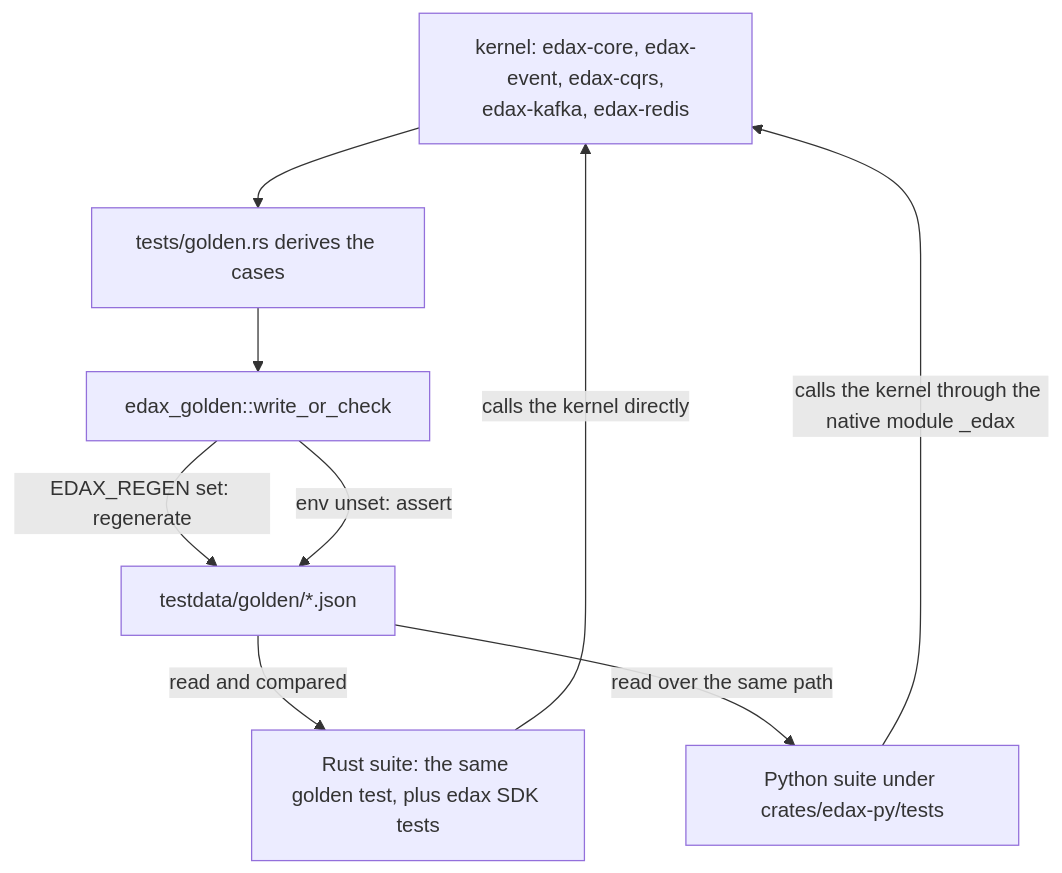
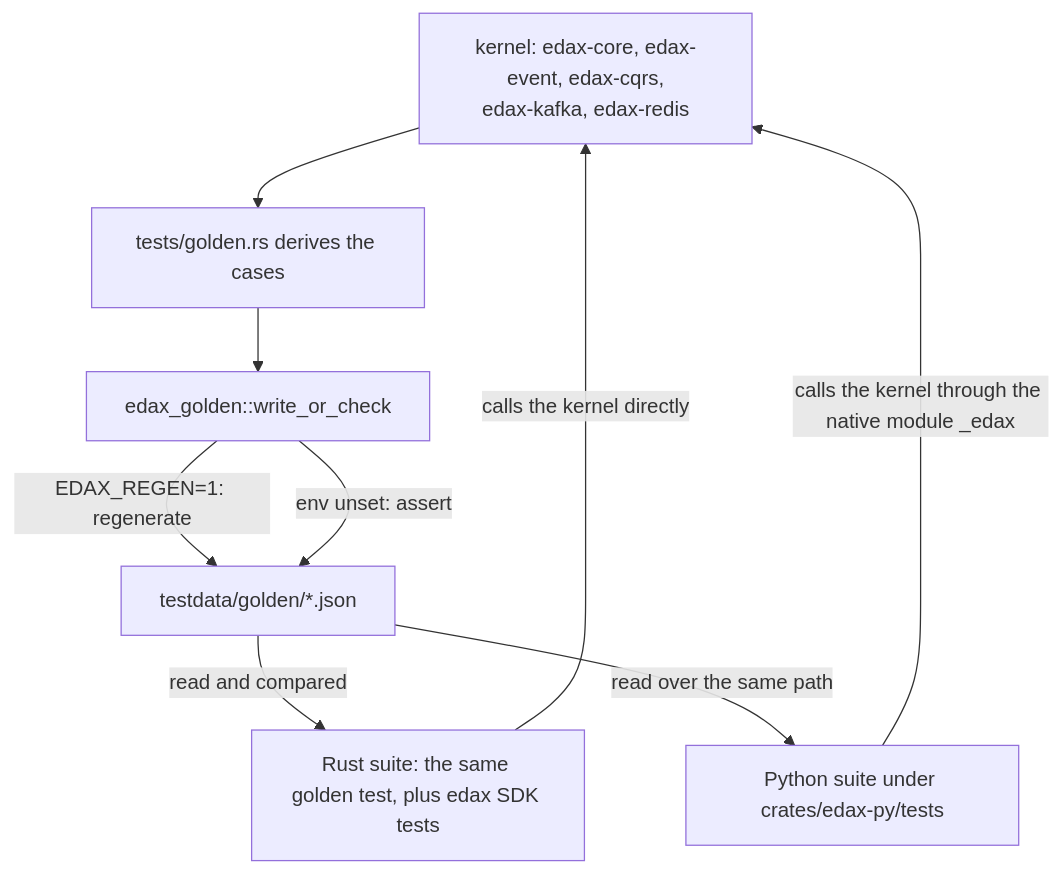
Before and after one commit to haskian/edax: the first of 2 diagrams in docs/kernels/golden-vectors.md, drawn with Mermaid. The commit also changed other lines of this file and 234 other files, not shown here.

````diff
--- a/docs/kernels/golden-vectors.md
+++ b/docs/kernels/golden-vectors.md
@@ -18,11 +18,11 @@
 ```mermaid
 flowchart TB
   K["kernel: edax-core, edax-event, edax-cqrs,<br/>edax-kafka, edax-redis"] --> G["tests/golden.rs derives the cases"]
   G --> W["edax_golden::write_or_check"]
-  W -->|"EDAX_REGEN set: regenerate"| F["testdata/golden/*.json"]
+  W -->|"EDAX_REGEN=1: regenerate"| F["testdata/golden/*.json"]
   W -->|"env unset: assert"| F
   F -->|"read and compared"| RS["Rust suite: the same golden test, plus edax SDK tests"]
   F -->|"read over the same path"| PS["Python suite under crates/edax-py/tests"]
   PS -->|"calls the kernel through the native module _edax"| K
   RS -->|"calls the kernel directly"| K
 ```
````
